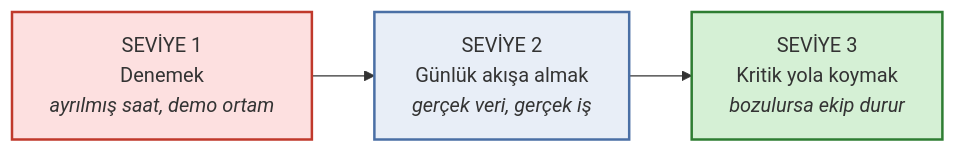
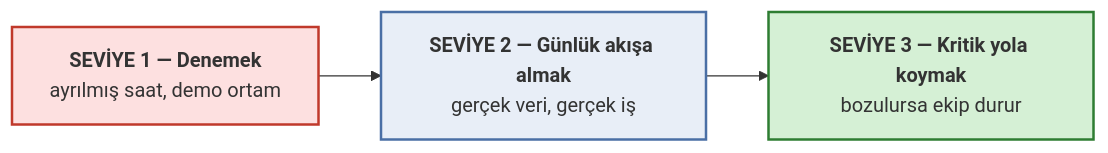
The diagram in _posts/2026-09-04-dogfooding-kendi-urununu-kullanmak.md (Mavrikant/mavrikant.github.io), drawn with Mermaid before and after one commit.

Commit message:
Mermaid etiketlerindeki satır sonlarını düzelt
Diyagramdaki `<br/>` etiketleri render edilmiyordu; Mermaid 11 flowchart
etiketlerini markdown olarak işleyip HTML'i temizlediği için üç satır
tek satıra yapışıyordu ("SEVİYE 1Denemekayrılmış saat, demo ortam").

Etiketler Mermaid 11'in markdown string sözdizimine (backtick + gerçek
satır sonu) çevrildi. Tarayıcıda doğrulandı: düğüm metinleri artık
"SEVİYE 1 — Denemek\nayrılmış saat, demo ortam" olarak çıkıyor.

Not: aynı sorun sitedeki diğer mermaid diyagramlarını da etkiliyor
(ör. Antikırılgan yazısında "KIRILGANzarar görür"). Bu commit yalnızca
bu yazıyı düzeltiyor.

Claude-Session: https://claude.ai/code/session_01P3eBBfJFrT9zZ5xEc4eJpU

```diff
--- a/_posts/2026-09-04-dogfooding-kendi-urununu-kullanmak.md
+++ b/_posts/2026-09-04-dogfooding-kendi-urununu-kullanmak.md
@@ -39,8 +39,11 @@
 <div class="mermaid">
 flowchart LR
-    S1["SEVİYE 1<br/>Denemek<br/><i>ayrılmış saat, demo ortam</i>"] --> S2["SEVİYE 2<br/>Günlük akışa almak<br/><i>gerçek veri, gerçek iş</i>"]
-    S2 --> S3["SEVİYE 3<br/>Kritik yola koymak<br/><i>bozulursa ekip durur</i>"]
+    S1["`**SEVİYE 1 — Denemek**
+    ayrılmış saat, demo ortam`"] --> S2["`**SEVİYE 2 — Günlük akışa almak**
+    gerçek veri, gerçek iş`"]
+    S2 --> S3["`**SEVİYE 3 — Kritik yola koymak**
+    bozulursa ekip durur`"]
     style S1 fill:#fde0e0,stroke:#c0392b,stroke-width:2px
     style S2 fill:#e8eef7,stroke:#4a6fa5,stroke-width:2px
     style S3 fill:#d5f0d5,stroke:#2e7d32,stroke-width:2px
 </div>
```
